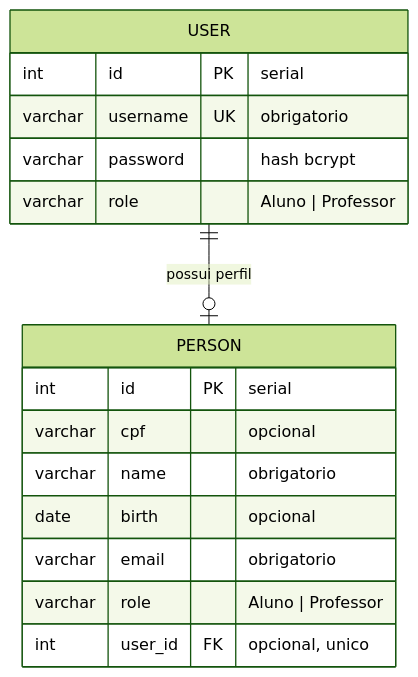
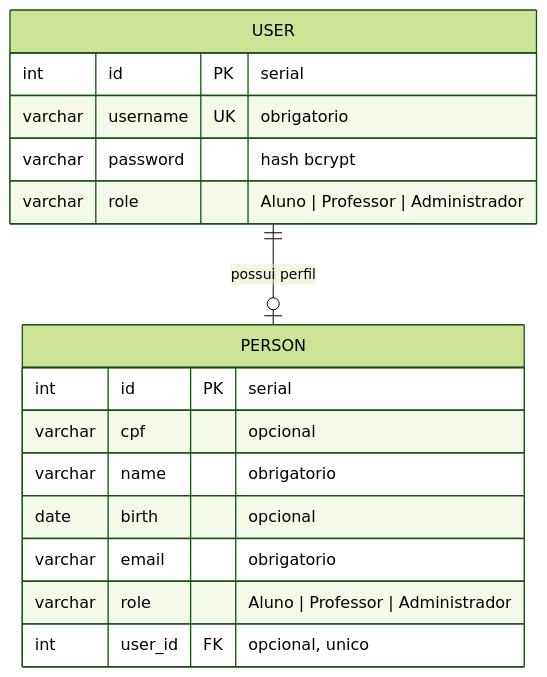
The diagram in README.md (fivamkhora/api-auth), drawn with Mermaid (forest theme) before and after one commit. The commit also changed other lines of this file and 13 other files, not shown here.

````diff
--- a/README.md
+++ b/README.md
@@ -184,21 +192,21 @@
 ```mermaid
 erDiagram
   USER {
     int id PK "serial"
     varchar username UK "obrigatorio"
     varchar password "hash bcrypt"
-    varchar role "Aluno | Professor"
+    varchar role "Aluno | Professor | Administrador"
   }
 
   PERSON {
     int id PK "serial"
     varchar cpf "opcional"
     varchar name "obrigatorio"
     date birth "opcional"
     varchar email "obrigatorio"
-    varchar role "Aluno | Professor"
+    varchar role "Aluno | Professor | Administrador"
     int user_id FK "opcional, unico"
   }
 
   USER ||--o| PERSON : "possui perfil"
 ```
````
